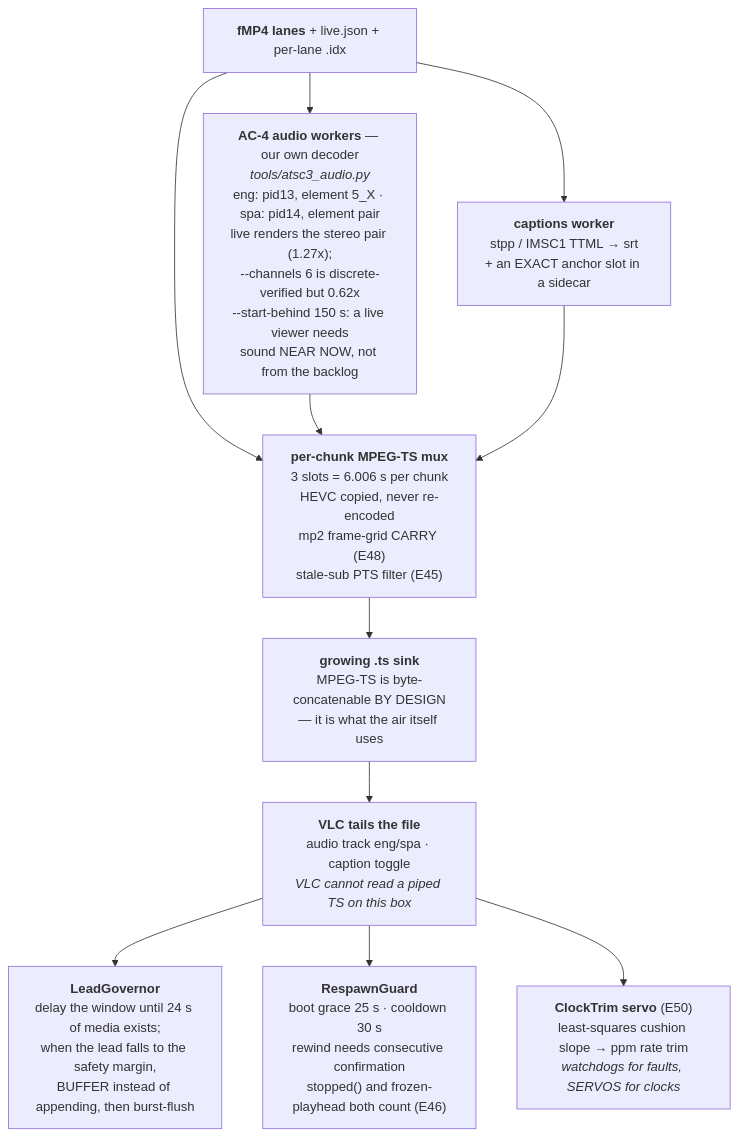
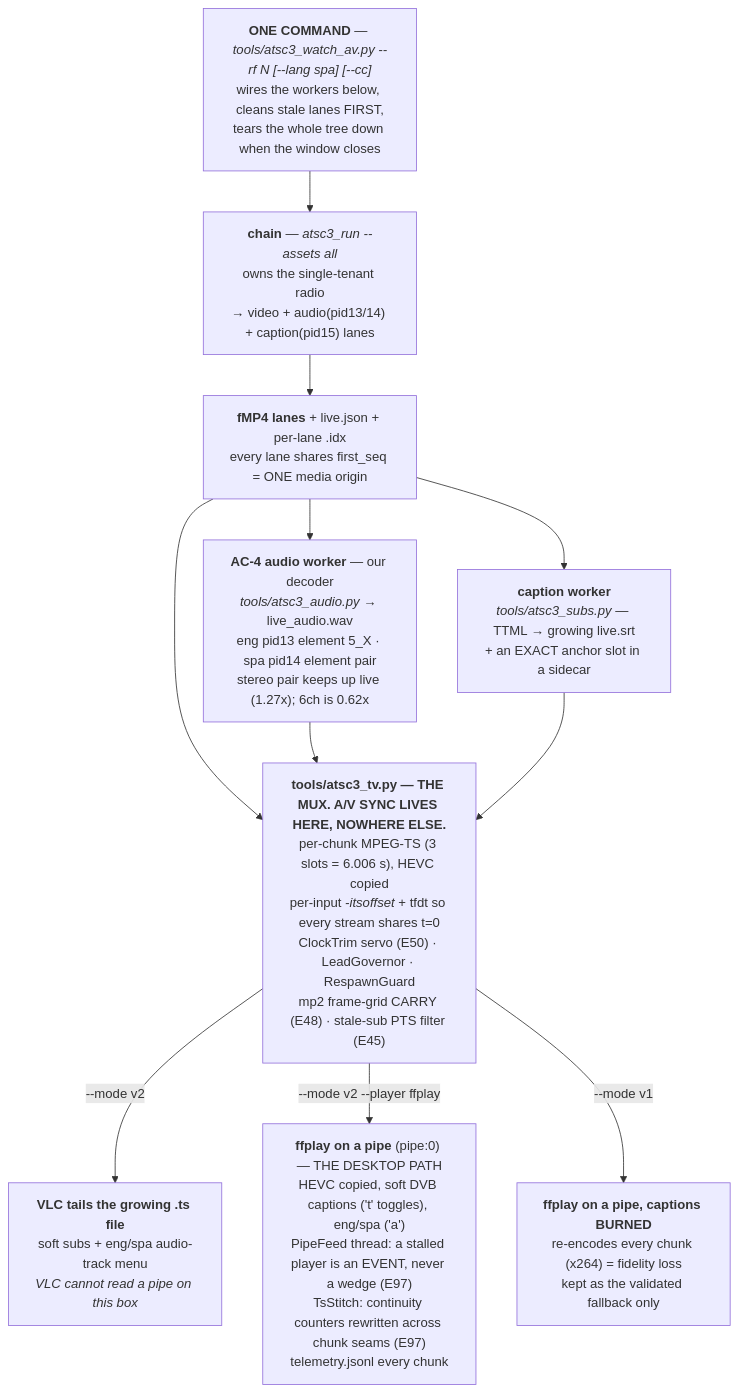
Before and after one commit to Felbs/atsc3: the ninth of 15 diagrams in docs/ARCHITECTURE.md, drawn with Mermaid. The commit also changed other lines of this file and 17 other files, not shown here.

````diff
--- a/docs/ARCHITECTURE.md
+++ b/docs/ARCHITECTURE.md
@@ -369,14 +369,15 @@
 ```mermaid
 flowchart TD
-    LANES["<b>fMP4 lanes</b> + live.json + per-lane .idx"]
-    LANES --> AUD["<b>AC-4 audio workers</b> &mdash; our own decoder<br/><i>tools/atsc3_audio.py</i><br/>eng: pid13, element 5_X &middot; spa: pid14, element pair<br/>live renders the stereo pair (1.27x);<br/>--channels 6 is discrete-verified but 0.62x<br/>--start-behind 150 s: a live viewer needs<br/>sound NEAR NOW, not from the backlog"]
-    LANES --> SUBS["<b>captions worker</b><br/>stpp / IMSC1 TTML &rarr; srt<br/>+ an EXACT anchor slot in a sidecar"]
-    LANES --> MUX["<b>per-chunk MPEG-TS mux</b><br/>3 slots = 6.006 s per chunk<br/>HEVC copied, never re-encoded<br/>mp2 frame-grid CARRY (E48)<br/>stale-sub PTS filter (E45)"]
-    AUD --> MUX
-    SUBS --> MUX
-    MUX --> TS["<b>growing .ts sink</b><br/>MPEG-TS is byte-concatenable BY DESIGN<br/>&mdash; it is what the air itself uses"]
-    TS --> VLC["<b>VLC tails the file</b><br/>audio track eng/spa &middot; caption toggle<br/><i>VLC cannot read a piped TS on this box</i>"]
-    VLC --> GOV["<b>LeadGovernor</b><br/>delay the window until 24 s of media exists;<br/>when the lead falls to the safety margin,<br/>BUFFER instead of appending, then burst-flush"]
-    VLC --> GUARD["<b>RespawnGuard</b><br/>boot grace 25 s &middot; cooldown 30 s<br/>rewind needs consecutive confirmation<br/>stopped() and frozen-playhead both count (E46)"]
-    VLC --> TRIM["<b>ClockTrim servo</b> (E50)<br/>least-squares cushion slope &rarr; ppm rate trim<br/><i>watchdogs for faults, SERVOS for clocks</i>"]
+    ORCH["<b>ONE COMMAND</b> &mdash; <i>tools/atsc3_watch_av.py --rf N [--lang spa] [--cc]</i><br/>wires the workers below, cleans stale lanes FIRST,<br/>tears the whole tree down when the window closes"]
+    ORCH --> CHAIN["<b>chain</b> &mdash; <i>atsc3_run --assets all</i><br/>owns the single-tenant radio<br/>&rarr; video + audio(pid13/14) + caption(pid15) lanes"]
+    CHAIN --> LANES["<b>fMP4 lanes</b> + live.json + per-lane .idx<br/>every lane shares first_seq = ONE media origin"]
+    LANES --> AUD["<b>AC-4 audio worker</b> &mdash; our decoder<br/><i>tools/atsc3_audio.py</i> &rarr; live_audio.wav<br/>eng pid13 element 5_X &middot; spa pid14 element pair<br/>stereo pair keeps up live (1.27x); 6ch is 0.62x"]
+    LANES --> SUBS["<b>caption worker</b><br/><i>tools/atsc3_subs.py</i> &mdash; TTML &rarr; growing live.srt<br/>+ an EXACT anchor slot in a sidecar"]
+    LANES --> TV
+    AUD --> TV
+    SUBS --> TV
+    TV["<b>tools/atsc3_tv.py &mdash; THE MUX. A/V SYNC LIVES HERE, NOWHERE ELSE.</b><br/>per-chunk MPEG-TS (3 slots = 6.006 s), HEVC copied<br/>per-input <i>-itsoffset</i> + tfdt so every stream shares t=0<br/>ClockTrim servo (E50) &middot; LeadGovernor &middot; RespawnGuard<br/>mp2 frame-grid CARRY (E48) &middot; stale-sub PTS filter (E45)"]
+    TV -->|"--mode v2"| VLC["<b>VLC tails the growing .ts file</b><br/>soft subs + eng/spa audio-track menu<br/><i>VLC cannot read a pipe on this box</i>"]
+    TV -->|"--mode v2 --player ffplay"| FF["<b>ffplay on a pipe</b> (pipe:0) &mdash; THE DESKTOP PATH<br/>HEVC copied, soft DVB captions ('t' toggles), eng/spa ('a')<br/>PipeFeed thread: a stalled player is an EVENT, never a wedge (E97)<br/>TsStitch: continuity counters rewritten across chunk seams (E97)<br/>telemetry.jsonl every chunk"]
+    TV -->|"--mode v1"| FF1["<b>ffplay on a pipe, captions BURNED</b><br/>re-encodes every chunk (x264) = fidelity loss<br/>kept as the validated fallback only"]
 ```
````
